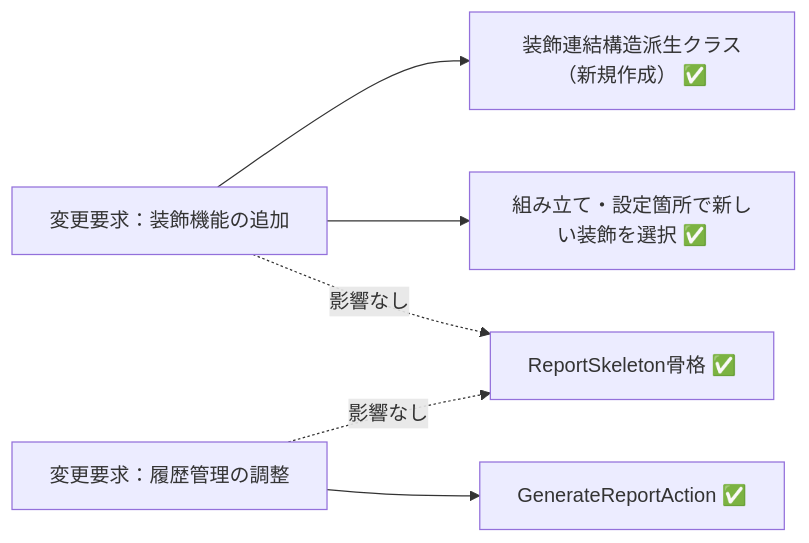
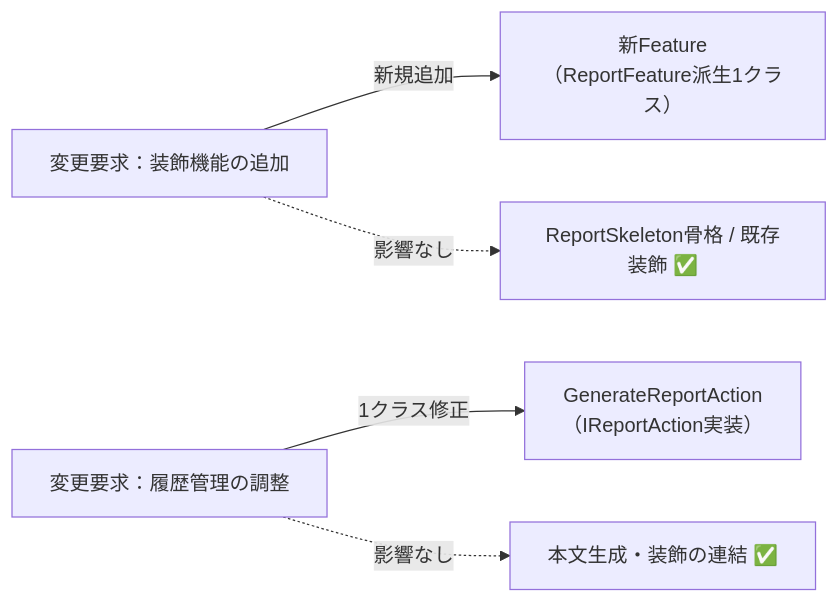
Before and after one commit to kumachan1101-pixel/DesignPattern: the tenth of 12 diagrams in kindle/design-patterns/output/chapter11.md, drawn with Mermaid. The commit also changed other lines of this file and 1 other file, not shown here.

````diff
--- a/kindle/design-patterns/output/chapter11.md
+++ b/kindle/design-patterns/output/chapter11.md
@@ -1872,8 +1803,9 @@
 ```mermaid
 graph LR
-    T1["変更要求：装飾機能の追加"] --> F1["装飾連結構造派生クラス（新規作成） ✅"]
-    T1 --> C["組み立て・設定箇所で新しい装飾を選択 ✅"]
-    T1 -. "影響なし" .-> A["ReportSkeleton骨格 ✅"]
-    T2["変更要求：履歴管理の調整"] --> F2["GenerateReportAction ✅"]
-    T2 -. "影響なし" .-> A
+    T1["変更要求：装飾機能の追加"]
+        -->|新規追加| F1["新Feature<br>（ReportFeature派生1クラス）"]
+    T2["変更要求：履歴管理の調整"]
+        -->|1クラス修正| F2["GenerateReportAction<br>（IReportAction実装）"]
+    T1 -. "影響なし" .-> A["ReportSkeleton骨格 / 既存装飾 ✅"]
+    T2 -. "影響なし" .-> B["本文生成・装飾の連結 ✅"]
 ```
````
